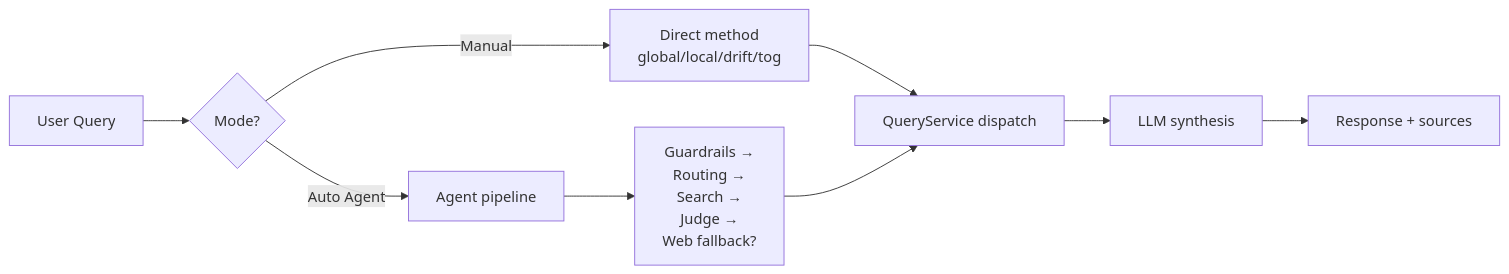
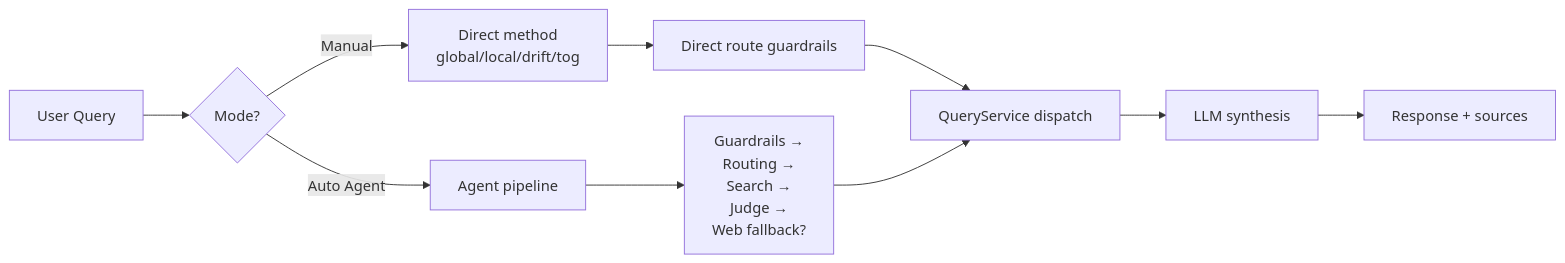
The first of 11 diagrams in docs/project/en/query_flow.md (huytu0702/gtog), drawn with Mermaid before and after one commit. The commit also changed other lines of this file and 6 other files, not shown here.

First line of the commit message:
feat: implement guardrails for direct search methods and enhance response handling

````diff
--- a/docs/project/en/query_flow.md
+++ b/docs/project/en/query_flow.md
@@ -18,11 +18,12 @@
 ```mermaid
 flowchart LR
     User[User Query] --> Mode{Mode?}
     Mode -- Manual --> Direct[Direct method<br/>global/local/drift/tog]
     Mode -- Auto Agent --> Agent[Agent pipeline]
-    Direct --> QS[QueryService dispatch]
+    Direct --> DGR[Direct route guardrails]
+    DGR --> QS[QueryService dispatch]
     Agent --> Pipeline[Guardrails →<br/>Routing →<br/>Search →<br/>Judge →<br/>Web fallback?]
     Pipeline --> QS
     QS --> LLM[LLM synthesis]
     LLM --> Resp[Response + sources]
 ```
````
